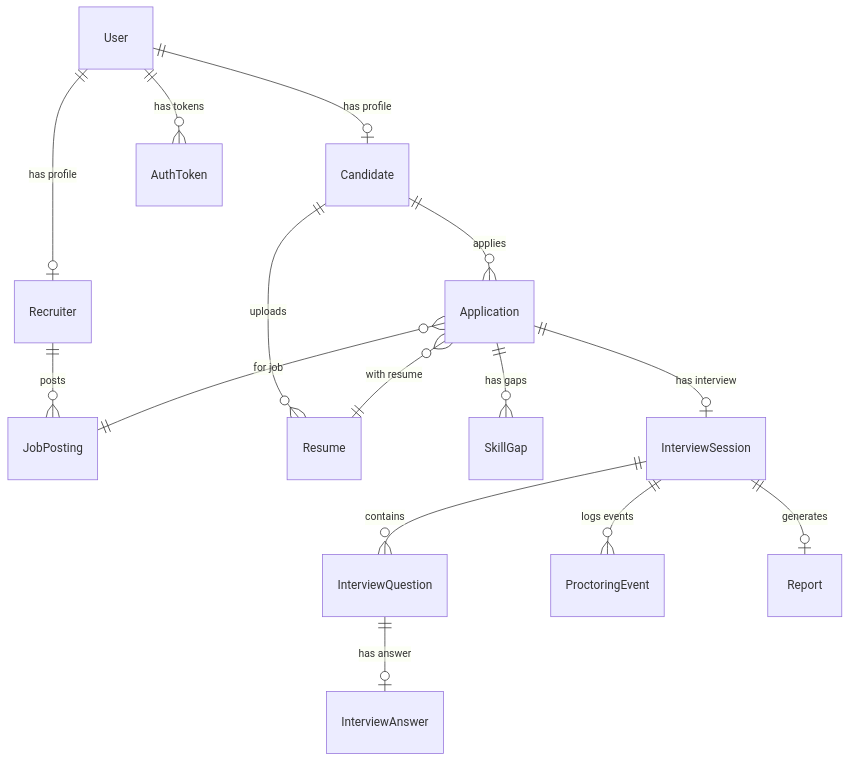
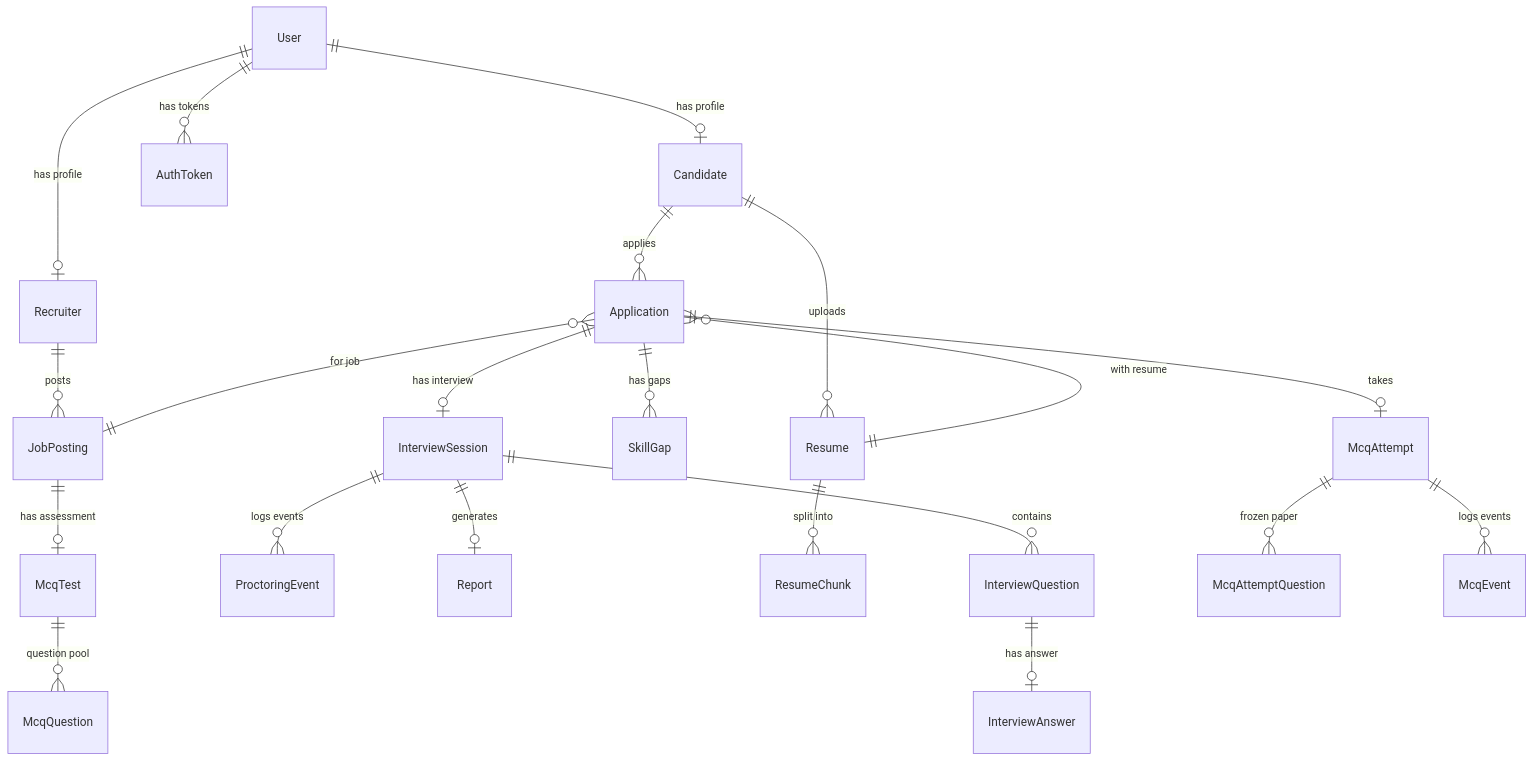
The diagram in README.md (Bhushan-Nanvare/HireMind), drawn with Mermaid before and after one commit. The commit also changed other lines of this file and 27 other files, not shown here.

Commit message:
Added a working mcq test section besides original resume to interview

````diff
--- a/README.md
+++ b/README.md
@@ -381,17 +408,23 @@
 ```mermaid
 erDiagram
     User ||--o| Candidate : "has profile"
     User ||--o| Recruiter : "has profile"
     User ||--o{ AuthToken : "has tokens"
     Recruiter ||--o{ JobPosting : "posts"
     Candidate ||--o{ Resume : "uploads"
     Candidate ||--o{ Application : "applies"
     Application }o--|| JobPosting : "for job"
     Application }o--|| Resume : "with resume"
     Application ||--o{ SkillGap : "has gaps"
     Application ||--o| InterviewSession : "has interview"
     InterviewSession ||--o{ InterviewQuestion : "contains"
     InterviewQuestion ||--o| InterviewAnswer : "has answer"
     InterviewSession ||--o{ ProctoringEvent : "logs events"
     InterviewSession ||--o| Report : "generates"
+    Resume ||--o{ ResumeChunk : "split into"
+    JobPosting ||--o| McqTest : "has assessment"
+    McqTest ||--o{ McqQuestion : "question pool"
+    Application ||--o| McqAttempt : "takes"
+    McqAttempt ||--o{ McqAttemptQuestion : "frozen paper"
+    McqAttempt ||--o{ McqEvent : "logs events"
 ```
````
